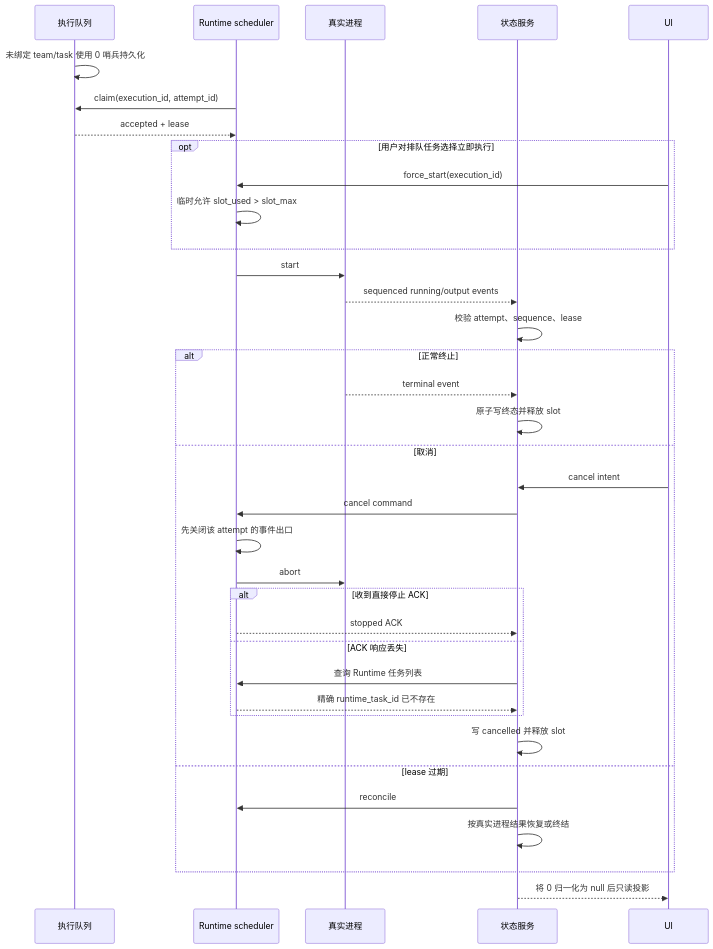
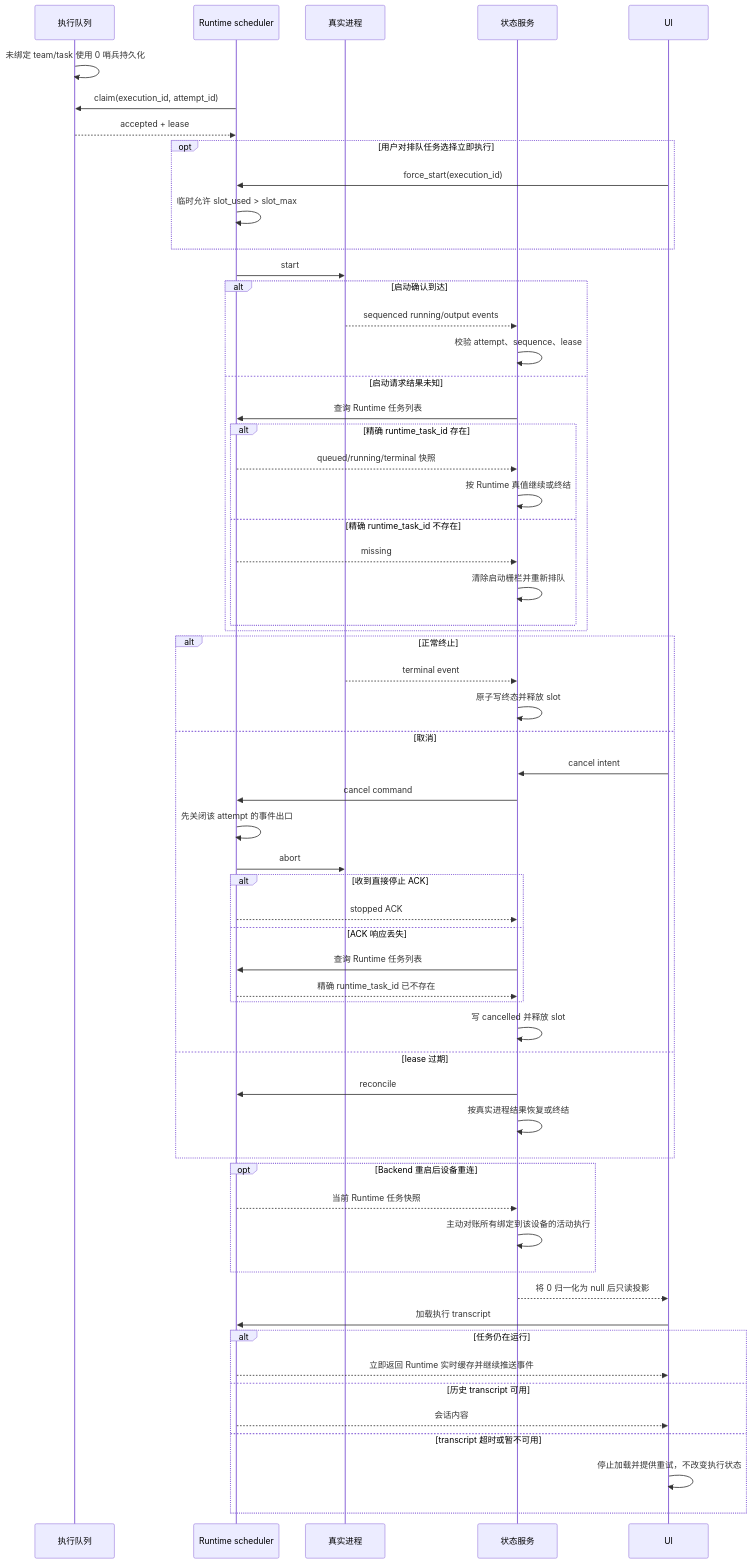
The second of 2 diagrams in docs/zh/architecture/project-execution-state.md (wecode-ai/Wegent), drawn with Mermaid before and after one commit. The commit also changed other lines of this file and 36 other files, not shown here.

````diff
--- a/docs/zh/architecture/project-execution-state.md
+++ b/docs/zh/architecture/project-execution-state.md
@@ -28,39 +33,62 @@
 ```mermaid
 sequenceDiagram
     participant Q as 执行队列
     participant R as Runtime scheduler
     participant P as 真实进程
     participant S as 状态服务
     participant U as UI
 
     Q->>Q: 未绑定 team/task 使用 0 哨兵持久化
     R->>Q: claim(execution_id, attempt_id)
     Q-->>R: accepted + lease
     opt 用户对排队任务选择立即执行
         U->>R: force_start(execution_id)
         R->>R: 临时允许 slot_used > slot_max
     end
     R->>P: start
-    P-->>S: sequenced running/output events
-    S->>S: 校验 attempt、sequence、lease
+    alt 启动确认到达
+        P-->>S: sequenced running/output events
+        S->>S: 校验 attempt、sequence、lease
+    else 启动请求结果未知
+        S->>R: 查询 Runtime 任务列表
+        alt 精确 runtime_task_id 存在
+            R-->>S: queued/running/terminal 快照
+            S->>S: 按 Runtime 真值继续或终结
+        else 精确 runtime_task_id 不存在
+            R-->>S: missing
+            S->>S: 清除启动栅栏并重新排队
+        end
+    end
     alt 正常终止
         P-->>S: terminal event
         S->>S: 原子写终态并释放 slot
     else 取消
         U->>S: cancel intent
         S->>R: cancel command
         R->>R: 先关闭该 attempt 的事件出口
         R->>P: abort
         alt 收到直接停止 ACK
             R-->>S: stopped ACK
         else ACK 响应丢失
             S->>R: 查询 Runtime 任务列表
             R-->>S: 精确 runtime_task_id 已不存在
         end
         S->>S: 写 cancelled 并释放 slot
     else lease 过期
         S->>R: reconcile
         S->>S: 按真实进程结果恢复或终结
     end
+    opt Backend 重启后设备重连
+        R-->>S: 当前 Runtime 任务快照
+        S->>S: 主动对账所有绑定到该设备的活动执行
+    end
     S-->>U: 将 0 归一化为 null 后只读投影
+    U->>R: 加载执行 transcript
+    alt 任务仍在运行
+        R-->>U: 立即返回 Runtime 实时缓存并继续推送事件
+    else 历史 transcript 可用
+        R-->>U: 会话内容
+    else transcript 超时或暂不可用
+        U->>U: 停止加载并提供重试，不改变执行状态
+    end
 ```
````
